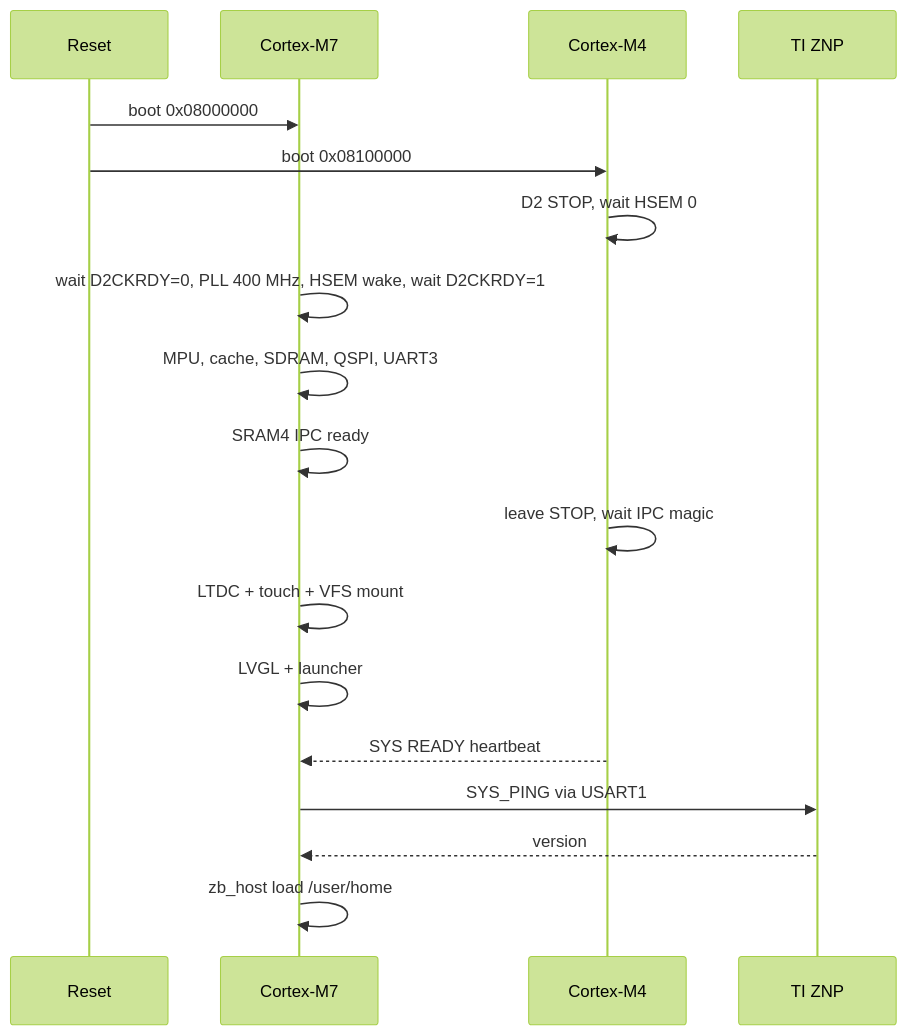
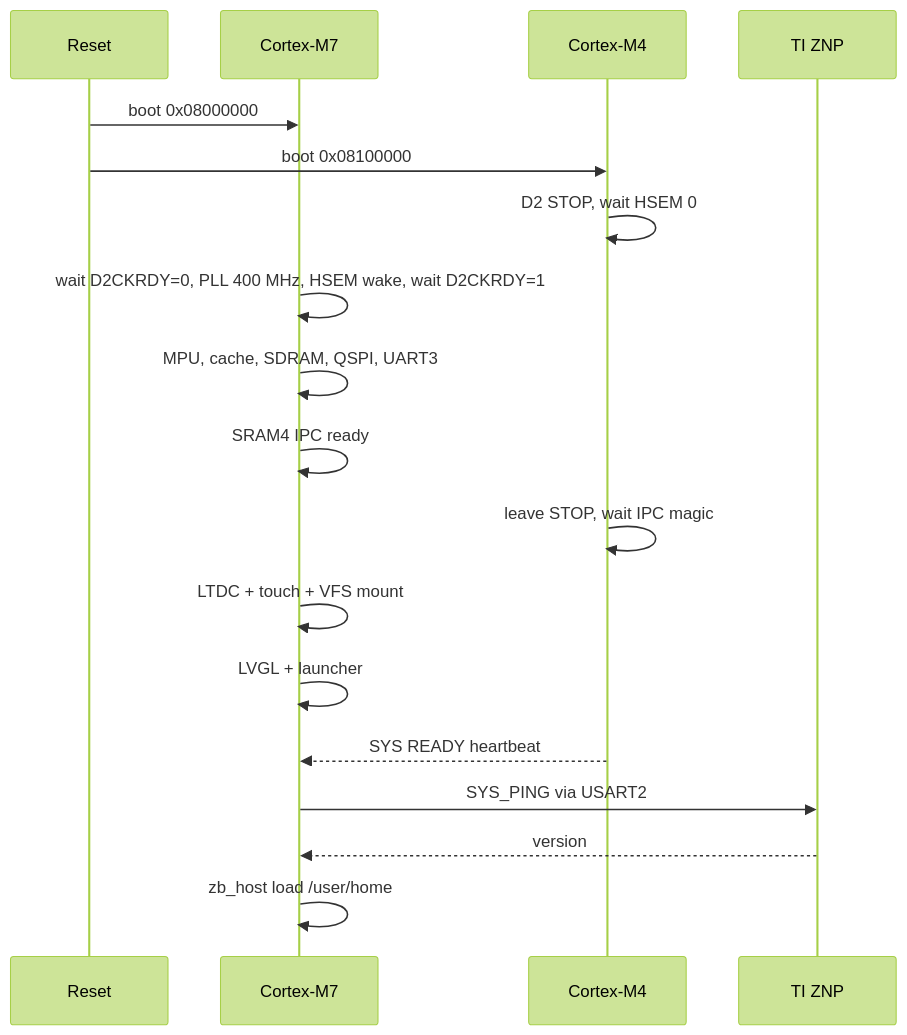
Before and after one commit to vanbuong/stm32h745-disco: the fourth of 9 diagrams in doc/Architecture.md, drawn with Mermaid (forest theme). The commit also changed other lines of this file and 12 other files, not shown here.

First line of the commit message:
Bring up STMod+ USART2 for TI ZNP SYS_PING

````diff
--- a/doc/Architecture.md
+++ b/doc/Architecture.md
@@ -539,20 +539,20 @@
 ```mermaid
 sequenceDiagram
   participant RST as Reset
   participant M7 as Cortex-M7
   participant M4 as Cortex-M4
   participant ZNP as TI ZNP
   RST->>M7: boot 0x08000000
   RST->>M4: boot 0x08100000
   M4->>M4: D2 STOP, wait HSEM 0
   M7->>M7: wait D2CKRDY=0, PLL 400 MHz, HSEM wake, wait D2CKRDY=1
   M7->>M7: MPU, cache, SDRAM, QSPI, UART3
   M7->>M7: SRAM4 IPC ready
   M4->>M4: leave STOP, wait IPC magic
   M7->>M7: LTDC + touch + VFS mount
   M7->>M7: LVGL + launcher
   M4-->>M7: SYS READY heartbeat
-  M7->>ZNP: SYS_PING via USART1
+  M7->>ZNP: SYS_PING via USART2
   ZNP-->>M7: version
   M7->>M7: zb_host load /user/home
 ```
````
